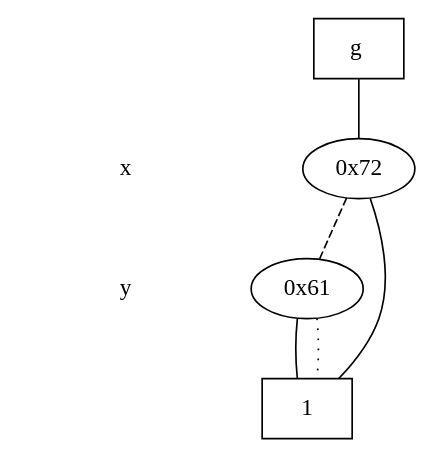
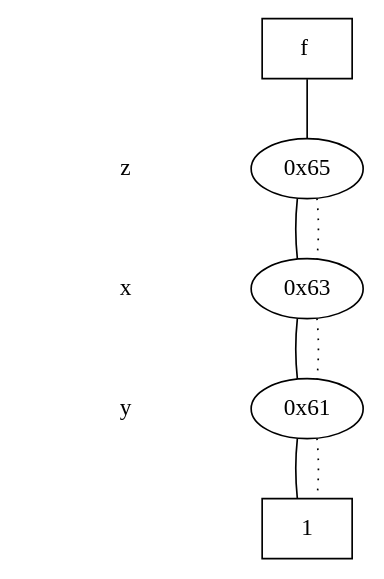
The diagram in cudd-3.0.0/hw5_divisor.dot (steefbrown/ece6740), drawn with Graphviz before and after one commit. The commit also changed 386 other files, not shown here.

```diff
--- a/cudd-3.0.0/hw5_divisor.dot
+++ b/cudd-3.0.0/hw5_divisor.dot
@@ -1,28 +1,33 @@
 digraph "DD" {
 size = "7.5,10"
 center = true;
 edge [dir = none];
 { node [shape = plaintext];
   edge [style = invis];
   "CONST NODES" [style = invis];
-" x " -> " y " -> "CONST NODES"; 
+" z " -> " x " -> " y " -> "CONST NODES"; 
 }
 { rank = same; node [shape = box]; edge [style = invis];
-"  g  "; }
+"  f  "; }
+{ rank = same; " z ";
+"0x65";
+}
 { rank = same; " x ";
-"0x72";
+"0x63";
 }
 { rank = same; " y ";
 "0x61";
 }
 { rank = same; "CONST NODES";
 { node [shape = box]; "0x5c";
 }
 }
-"  g  " -> "0x72" [style = solid];
-"0x72" -> "0x5c";
-"0x72" -> "0x61" [style = dashed];
+"  f  " -> "0x65" [style = solid];
+"0x65" -> "0x63";
+"0x65" -> "0x63" [style = dotted];
+"0x63" -> "0x61";
+"0x63" -> "0x61" [style = dotted];
 "0x61" -> "0x5c";
 "0x61" -> "0x5c" [style = dotted];
 "0x5c" [label = "1"];
 }
```
